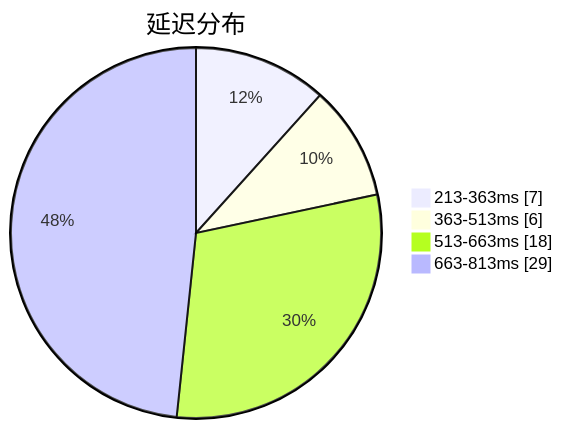
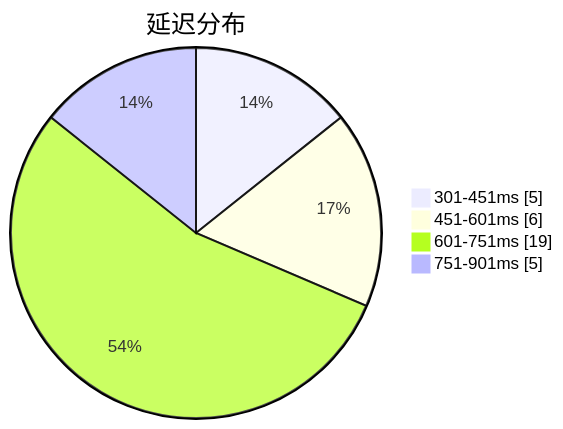
The first of 3 diagrams in subs/statistics/tested_within.md (qjlxg/airport), drawn with Mermaid before and after one commit. The commit also changed other lines of this file and 2 other files, not shown here.

````diff
--- a/subs/statistics/tested_within.md
+++ b/subs/statistics/tested_within.md
@@ -2,8 +2,8 @@
 ```mermaid
 pie showData
 title 延迟分布
-"213-363ms" : 7
-"363-513ms" : 6
-"513-663ms" : 18
-"663-813ms" : 29
+"301-451ms" : 5
+"451-601ms" : 6
+"601-751ms" : 19
+"751-901ms" : 5
 ```
````
